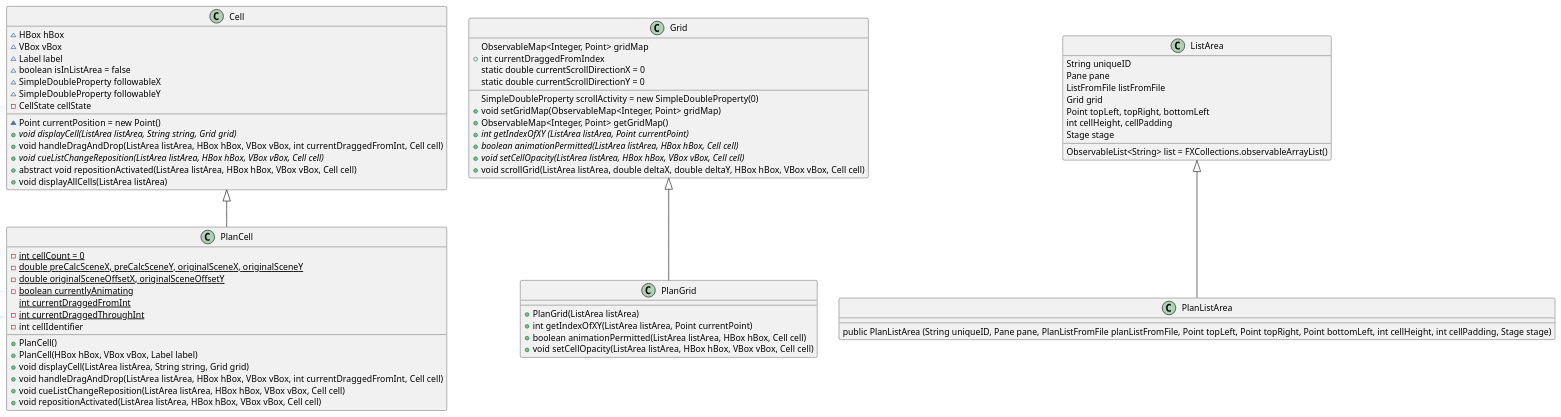
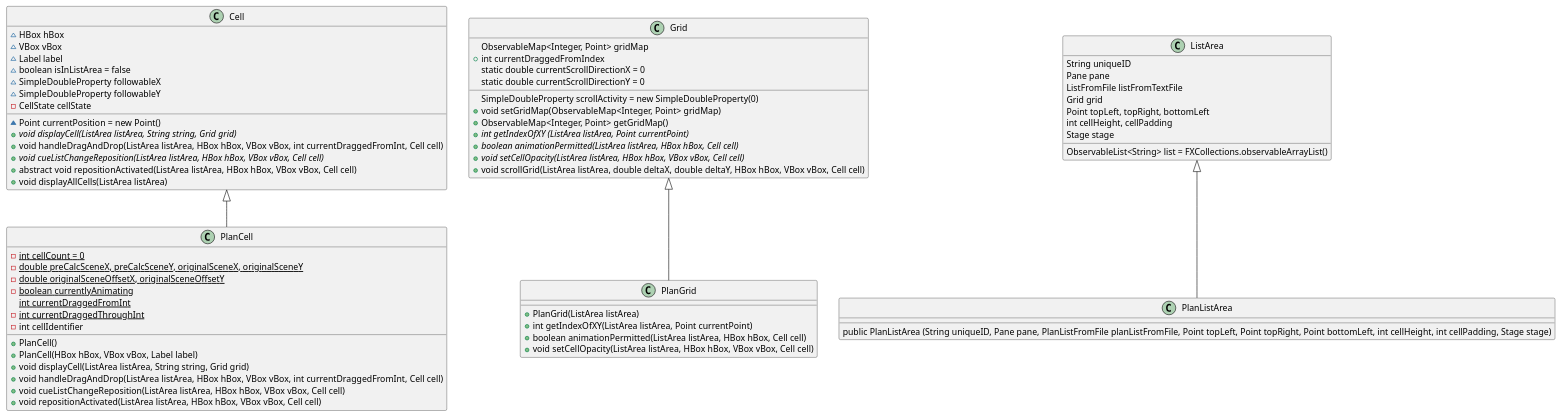
The diagram in src/UML/PlanCell.puml (tunepruner/Javafx_Scrolling_Challenge), drawn with PlantUML before and after one commit. The commit also changed 3 other files, not shown here.

Commit message:
Renames ListFromFile to ListFromTextFile.

```diff
--- a/src/UML/PlanCell.puml
+++ b/src/UML/PlanCell.puml
@@ -1,70 +1,70 @@
 @startuml
 
 class PlanCell{
 -{static} int cellCount = 0
 -{static} double preCalcSceneX, preCalcSceneY, originalSceneX, originalSceneY
 -{static} double originalSceneOffsetX, originalSceneOffsetY
 -{static} boolean currentlyAnimating
 {static} int currentDraggedFromInt
 -{static} int currentDraggedThroughInt
 -int cellIdentifier
 +PlanCell()
 +PlanCell(HBox hBox, VBox vBox, Label label)
 +void displayCell(ListArea listArea, String string, Grid grid)
 +void handleDragAndDrop(ListArea listArea, HBox hBox, VBox vBox, int currentDraggedFromInt, Cell cell)
 +void cueListChangeReposition(ListArea listArea, HBox hBox, VBox vBox, Cell cell)
 +void repositionActivated(ListArea listArea, HBox hBox, VBox vBox, Cell cell)
 }
 
 class Cell{
 ~HBox hBox
 ~VBox vBox
 ~Label label
 ~boolean isInListArea = false
 ~Point currentPosition = new Point()
 ~SimpleDoubleProperty followableX
 ~SimpleDoubleProperty followableY
 -CellState cellState
 +{abstract} void displayCell(ListArea listArea, String string, Grid grid)
 +void handleDragAndDrop(ListArea listArea, HBox hBox, VBox vBox, int currentDraggedFromInt, Cell cell)
 +{abstract} void cueListChangeReposition(ListArea listArea, HBox hBox, VBox vBox, Cell cell)
 +abstract void repositionActivated(ListArea listArea, HBox hBox, VBox vBox, Cell cell)
 +void displayAllCells(ListArea listArea)
 }
 Cell<|--PlanCell
 
 class Grid {
 ObservableMap<Integer, Point> gridMap
 SimpleDoubleProperty scrollActivity = new SimpleDoubleProperty(0)
 +int currentDraggedFromIndex
 static double currentScrollDirectionX = 0
 static double currentScrollDirectionY = 0
 +void setGridMap(ObservableMap<Integer, Point> gridMap)
 +ObservableMap<Integer, Point> getGridMap()
 +{abstract} int getIndexOfXY (ListArea listArea, Point currentPoint)
 +{abstract} boolean animationPermitted(ListArea listArea, HBox hBox, Cell cell)
 +{abstract} void setCellOpacity(ListArea listArea, HBox hBox, VBox vBox, Cell cell)
 +void scrollGrid(ListArea listArea, double deltaX, double deltaY, HBox hBox, VBox vBox, Cell cell)
 }
 class PlanGrid{
 +PlanGrid(ListArea listArea)
 +int getIndexOfXY(ListArea listArea, Point currentPoint)
 +boolean animationPermitted(ListArea listArea, HBox hBox, Cell cell)
 +void setCellOpacity(ListArea listArea, HBox hBox, VBox vBox, Cell cell)
 }
 Grid <|--PlanGrid
 class ListArea{
 String uniqueID
 Pane pane
-ListFromFile listFromFile
+ListFromFile listFromTextFile
 Grid grid
 Point topLeft, topRight, bottomLeft
 int cellHeight, cellPadding
 ObservableList<String> list = FXCollections.observableArrayList()
 Stage stage
 }
 class PlanListArea{
 public PlanListArea (String uniqueID, Pane pane, PlanListFromFile planListFromFile, Point topLeft, Point topRight, Point bottomLeft, int cellHeight, int cellPadding, Stage stage)
 }
 ListArea <|-- PlanListArea
 @enduml
```
